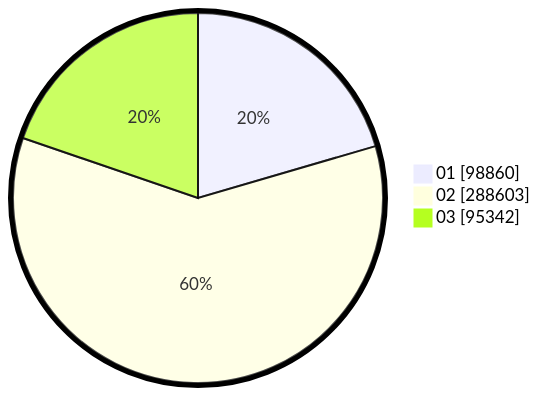
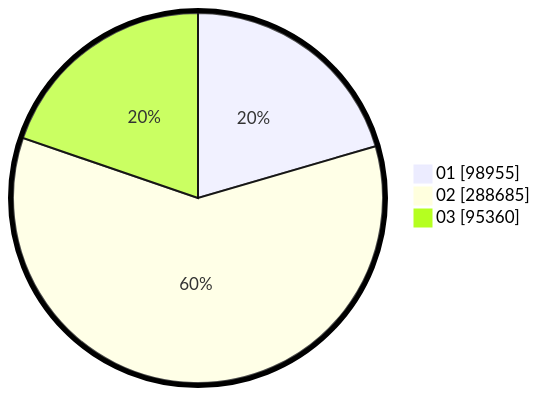
One commit to gigit-pemilu/pemilu-2024 changed the second of 2 diagrams in pilpres/hitung-suara/sub/table-wilayah-99.md. Above: the diagram before and after it, drawn with Mermaid. The commit also changed other lines of this file and 10 other files, not shown here.

````diff
--- a/pilpres/hitung-suara/sub/table-wilayah-99.md
+++ b/pilpres/hitung-suara/sub/table-wilayah-99.md
@@ -15,7 +15,7 @@
 ```mermaid
 %%{init: {"pie": {"textPosition": 0.5}, "themeVariables": {"pieOuterStrokeWidth": "5px"}} }%%
 pie showData
-    "01" : 98860
-    "02" : 288603
-    "03" : 95342
+    "01" : 98955
+    "02" : 288685
+    "03" : 95360
 ```
````
